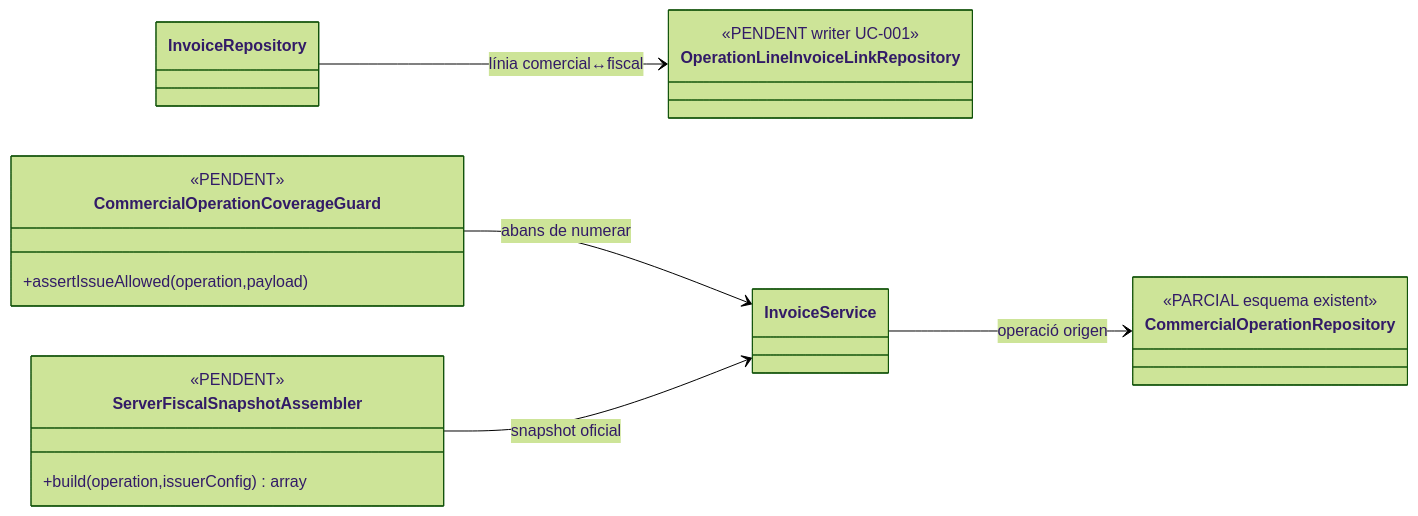
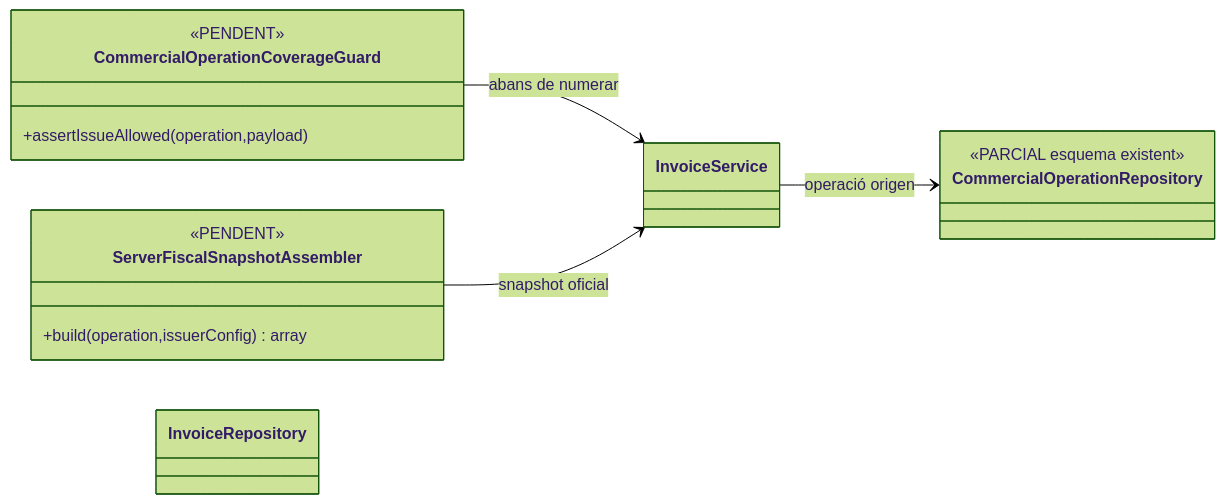
One commit to orgmeriemprismacat-del/verifactu changed the second of 2 diagrams in documentacio/07-uml-integrat/uc-001-classes-actual-final.md. Above: the diagram before and after it, drawn with Mermaid (forest theme). The commit also changed other lines of this file, not shown here.

Commit message:
docs(UC-001): moure writer de lineage comercial a ACTUAL

````diff
--- a/documentacio/07-uml-integrat/uc-001-classes-actual-final.md
+++ b/documentacio/07-uml-integrat/uc-001-classes-actual-final.md
@@ -48,17 +48,15 @@
 ```mermaid
 classDiagram
 direction LR
 class CommercialOperationCoverageGuard { <<PENDENT>>
 +assertIssueAllowed(operation,payload) }
 class ServerFiscalSnapshotAssembler { <<PENDENT>>
 +build(operation,issuerConfig) array }
 class CommercialOperationRepository { <<PARCIAL esquema existent>> }
-class OperationLineInvoiceLinkRepository { <<PENDENT writer UC-001>> }
 class InvoiceService
 class InvoiceRepository
 
 CommercialOperationCoverageGuard --> InvoiceService : abans de numerar
 ServerFiscalSnapshotAssembler --> InvoiceService : snapshot oficial
 InvoiceService --> CommercialOperationRepository : operació origen
-InvoiceRepository --> OperationLineInvoiceLinkRepository : línia comercial↔fiscal
 ```
````
